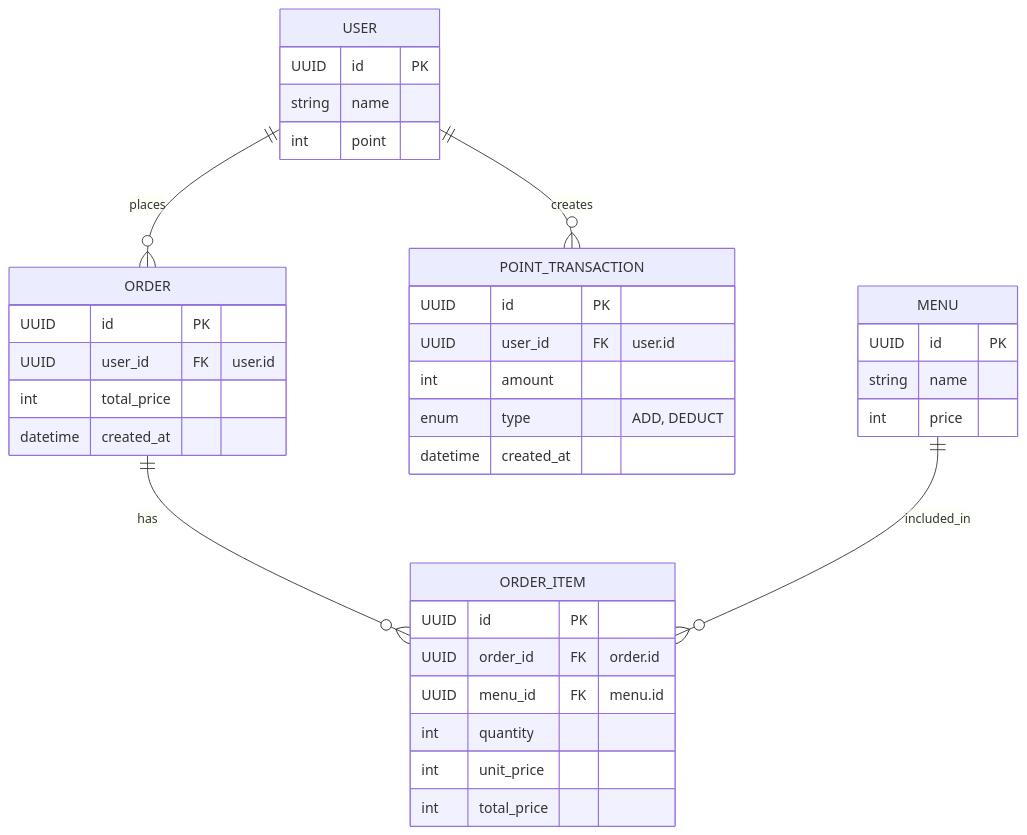
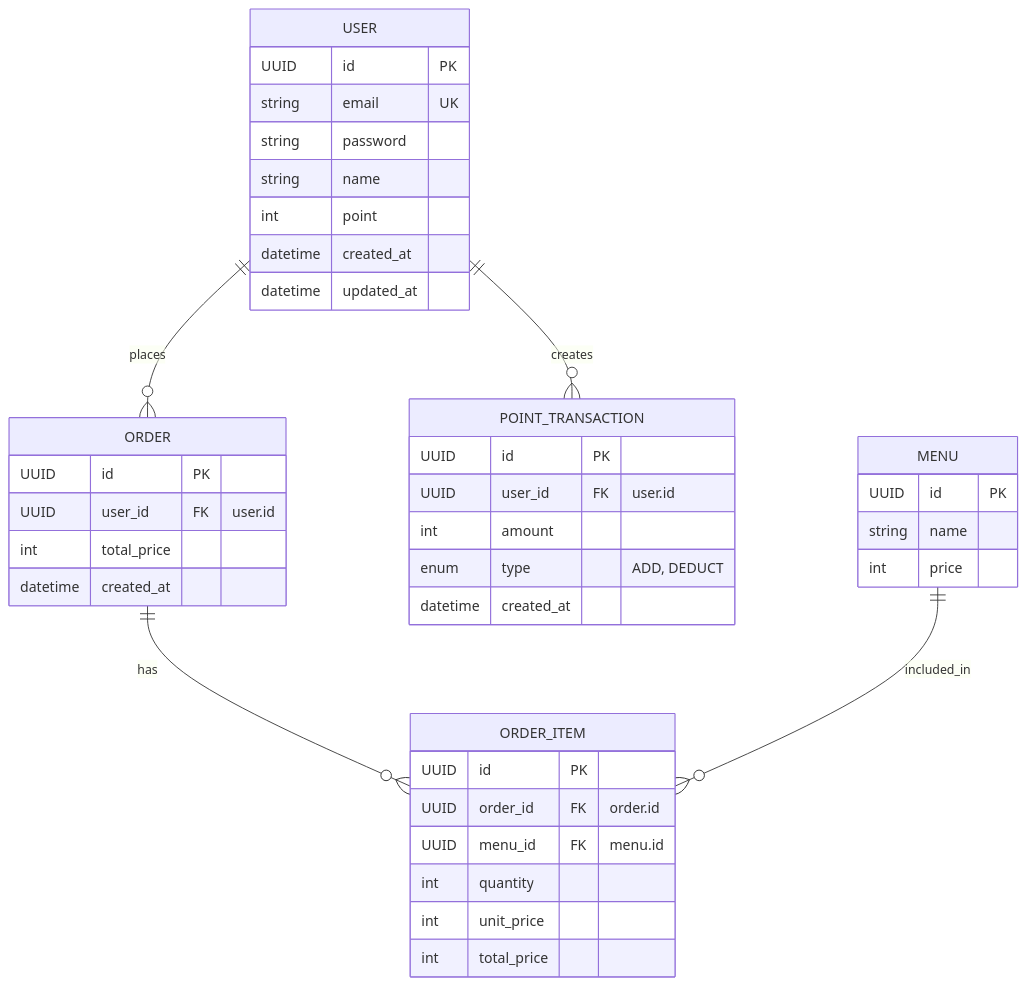
The second of 2 diagrams in docs/tech-spec.md (seho0808/nestjs-coffee-order), drawn with Mermaid before and after one commit. The commit also changed other lines of this file, not shown here.

````diff
--- a/docs/tech-spec.md
+++ b/docs/tech-spec.md
@@ -38,43 +42,47 @@
 ```mermaid
 erDiagram
     USER ||--o{ ORDER : places
     USER ||--o{ POINT_TRANSACTION : creates
     ORDER ||--o{ ORDER_ITEM : has
     MENU ||--o{ ORDER_ITEM : included_in
 
     USER {
         UUID id PK
+        string email UK
+        string password
         string name
         int point
+        datetime created_at
+        datetime updated_at
     }
 
     POINT_TRANSACTION {
         UUID id PK
         UUID user_id FK "user.id"
         int amount
         enum type "ADD, DEDUCT"
         datetime created_at
     }
 
     MENU {
         UUID id PK
         string name
         int price
     }
 
     ORDER {
         UUID id PK
         UUID user_id FK "user.id"
         int total_price
         datetime created_at
     }
 
     ORDER_ITEM {
       UUID id PK
       UUID order_id FK "order.id"
       UUID menu_id FK "menu.id"
       int quantity
       int unit_price
       int total_price
     }
 ```
````
